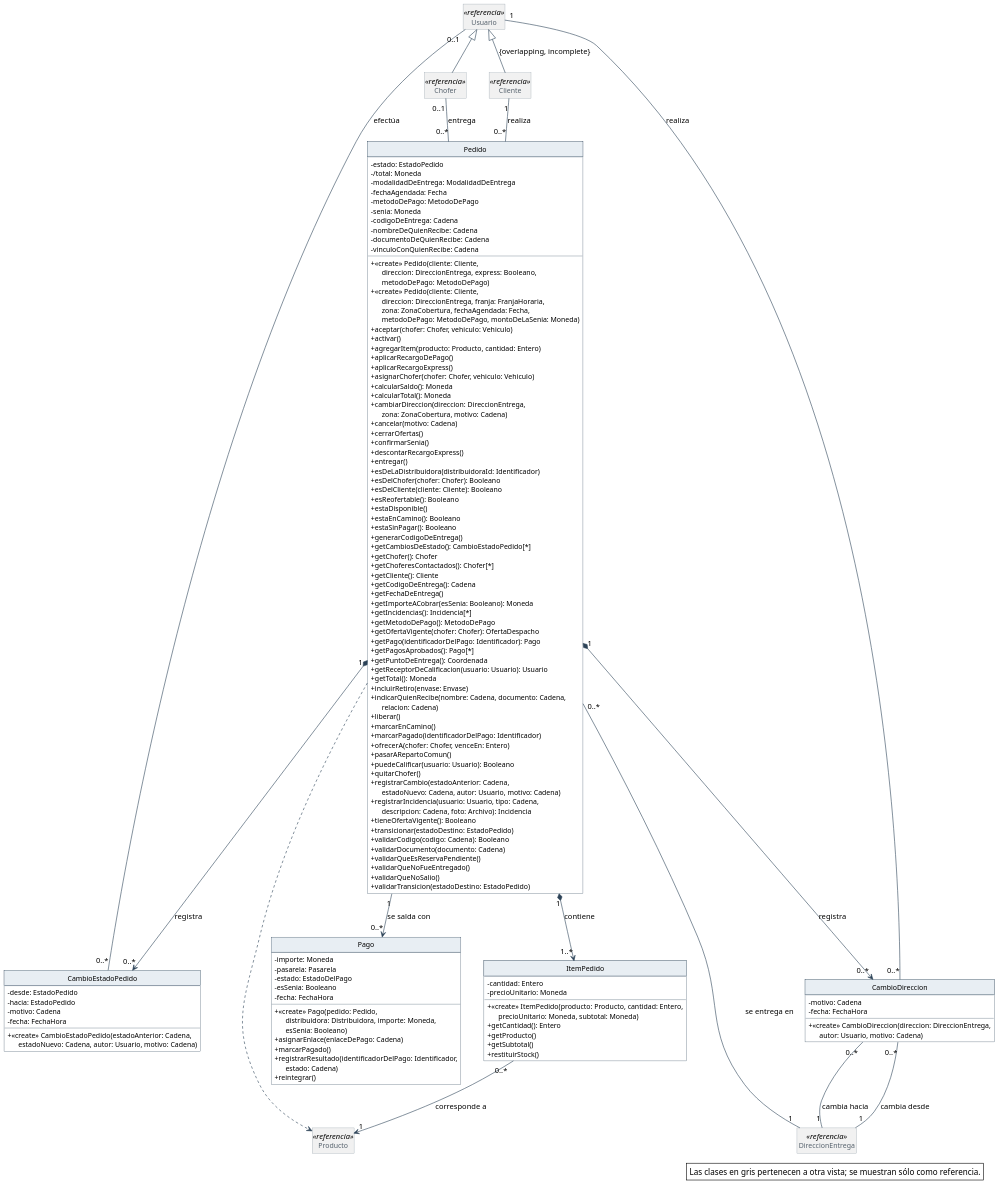
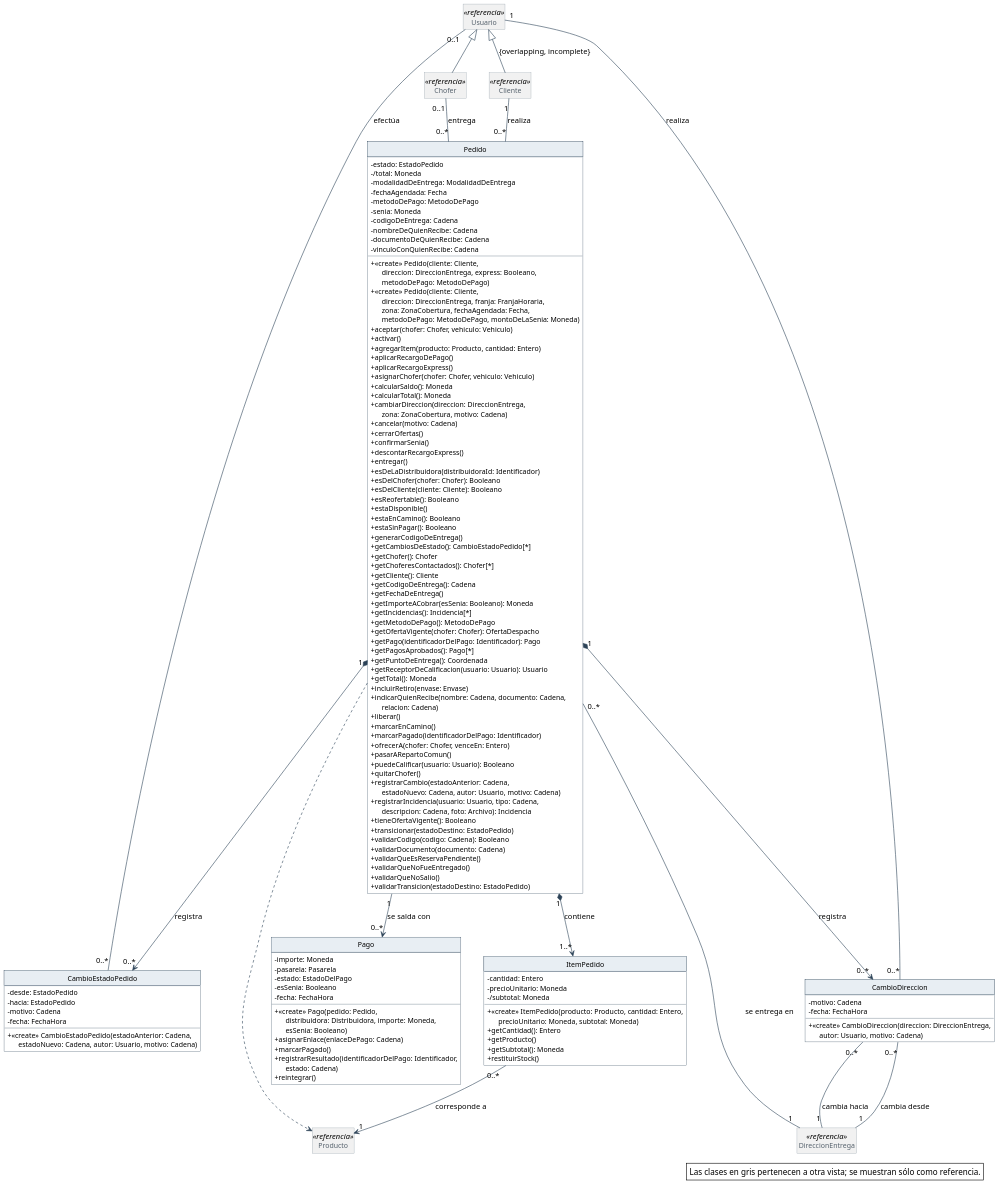
One commit to Nahuelito-Dev/splg-docs changed the diagram in diagramas/clases-diseno/DC_Pedido.puml. Above: the diagram before and after it, drawn with PlantUML. The commit also changed 19 other files, not shown here.

```diff
--- a/diagramas/clases-diseno/DC_Pedido.puml
+++ b/diagramas/clases-diseno/DC_Pedido.puml
@@ -1,188 +1,189 @@
 @startuml
 skinparam backgroundColor #FFFFFF
 skinparam shadowing false
 skinparam defaultFontName Helvetica
 skinparam defaultFontSize 13
 skinparam dpi 150
 skinparam nodesep 40
 skinparam ranksep 55
 skinparam classAttributeIconSize 0
 skinparam roundCorner 0
 skinparam genericDisplay old
 skinparam class {
   BorderColor #2C4257
   BackgroundColor #FFFFFF
   ArrowColor #2C4257
   FontSize 14
   AttributeFontSize 12
   HeaderBackgroundColor #E8EEF3
 }
 skinparam class<<referencia>> {
   BackgroundColor #F1F1F1
   BorderColor #8A97A3
   FontColor #55616C
 }
 skinparam class<<fachada>> {
   HeaderBackgroundColor #D6E4F0
 }
 skinparam class<<controlador>> {
   HeaderBackgroundColor #D6E4F0
 }
 skinparam class<<fabricación pura>> {
   HeaderBackgroundColor #F3E9CF
 }
 skinparam class<<colección>> {
   HeaderBackgroundColor #E6E6E6
 }
 skinparam class<<adaptador>> {
   HeaderBackgroundColor #DCEBDD
 }
 skinparam interface {
   BorderColor #2C4257
   BackgroundColor #FFFFFF
   HeaderBackgroundColor #DCEBDD
   FontSize 14
   AttributeFontSize 12
 }
 skinparam note {
   BackgroundColor #FFFFFF
   BorderColor #2C4257
 }
 skinparam packageStyle rectangle
 skinparam package {
   BorderColor #8A97A3
   FontSize 13
   FontColor #55616C
 }
 hide circle
 hide empty members
 
 class Pedido {
   - estado: EstadoPedido
   - /total: Moneda
   - modalidadDeEntrega: ModalidadDeEntrega
   - fechaAgendada: Fecha
   - metodoDePago: MetodoDePago
   - senia: Moneda
   - codigoDeEntrega: Cadena
   - nombreDeQuienRecibe: Cadena
   - documentoDeQuienRecibe: Cadena
   - vinculoConQuienRecibe: Cadena
   + «create» Pedido(cliente: Cliente,\n      direccion: DireccionEntrega, express: Booleano,\n      metodoDePago: MetodoDePago)
   + «create» Pedido(cliente: Cliente,\n      direccion: DireccionEntrega, franja: FranjaHoraria,\n      zona: ZonaCobertura, fechaAgendada: Fecha,\n      metodoDePago: MetodoDePago, montoDeLaSenia: Moneda)
   + aceptar(chofer: Chofer, vehiculo: Vehiculo)
   + activar()
   + agregarItem(producto: Producto, cantidad: Entero)
   + aplicarRecargoDePago()
   + aplicarRecargoExpress()
   + asignarChofer(chofer: Chofer, vehiculo: Vehiculo)
   + calcularSaldo(): Moneda
   + calcularTotal(): Moneda
   + cambiarDireccion(direccion: DireccionEntrega,\n      zona: ZonaCobertura, motivo: Cadena)
   + cancelar(motivo: Cadena)
   + cerrarOfertas()
   + confirmarSenia()
   + descontarRecargoExpress()
   + entregar()
   + esDeLaDistribuidora(distribuidoraId: Identificador)
   + esDelChofer(chofer: Chofer): Booleano
   + esDelCliente(cliente: Cliente): Booleano
   + esReofertable(): Booleano
   + estaDisponible()
   + estaEnCamino(): Booleano
   + estaSinPagar(): Booleano
   + generarCodigoDeEntrega()
   + getCambiosDeEstado(): CambioEstadoPedido[*]
   + getChofer(): Chofer
   + getChoferesContactados(): Chofer[*]
   + getCliente(): Cliente
   + getCodigoDeEntrega(): Cadena
   + getFechaDeEntrega()
   + getImporteACobrar(esSenia: Booleano): Moneda
   + getIncidencias(): Incidencia[*]
   + getMetodoDePago(): MetodoDePago
   + getOfertaVigente(chofer: Chofer): OfertaDespacho
   + getPago(identificadorDelPago: Identificador): Pago
   + getPagosAprobados(): Pago[*]
   + getPuntoDeEntrega(): Coordenada
   + getReceptorDeCalificacion(usuario: Usuario): Usuario
   + getTotal(): Moneda
   + incluirRetiro(envase: Envase)
   + indicarQuienRecibe(nombre: Cadena, documento: Cadena,\n      relacion: Cadena)
   + liberar()
   + marcarEnCamino()
   + marcarPagado(identificadorDelPago: Identificador)
   + ofrecerA(chofer: Chofer, venceEn: Entero)
   + pasarARepartoComun()
   + puedeCalificar(usuario: Usuario): Booleano
   + quitarChofer()
   + registrarCambio(estadoAnterior: Cadena,\n      estadoNuevo: Cadena, autor: Usuario, motivo: Cadena)
   + registrarIncidencia(usuario: Usuario, tipo: Cadena,\n      descripcion: Cadena, foto: Archivo): Incidencia
   + tieneOfertaVigente(): Booleano
   + transicionar(estadoDestino: EstadoPedido)
   + validarCodigo(codigo: Cadena): Booleano
   + validarDocumento(documento: Cadena)
   + validarQueEsReservaPendiente()
   + validarQueNoFueEntregado()
   + validarQueNoSalio()
   + validarTransicion(estadoDestino: EstadoPedido)
 }
 class ItemPedido {
   - cantidad: Entero
   - precioUnitario: Moneda
+  - /subtotal: Moneda
   + «create» ItemPedido(producto: Producto, cantidad: Entero,\n      precioUnitario: Moneda, subtotal: Moneda)
   + getCantidad(): Entero
   + getProducto()
-  + getSubtotal()
+  + getSubtotal(): Moneda
   + restituirStock()
 }
 class CambioEstadoPedido {
   - desde: EstadoPedido
   - hacia: EstadoPedido
   - motivo: Cadena
   - fecha: FechaHora
   + «create» CambioEstadoPedido(estadoAnterior: Cadena,\n      estadoNuevo: Cadena, autor: Usuario, motivo: Cadena)
 }
 class CambioDireccion {
   - motivo: Cadena
   - fecha: FechaHora
   + «create» CambioDireccion(direccion: DireccionEntrega,\n      autor: Usuario, motivo: Cadena)
 }
 class Pago {
   - importe: Moneda
   - pasarela: Pasarela
   - estado: EstadoDelPago
   - esSenia: Booleano
   - fecha: FechaHora
   + «create» Pago(pedido: Pedido,\n      distribuidora: Distribuidora, importe: Moneda,\n      esSenia: Booleano)
   + asignarEnlace(enlaceDePago: Cadena)
   + marcarPagado()
   + registrarResultado(identificadorDelPago: Identificador,\n      estado: Cadena)
   + reintegrar()
 }
 class Cliente <<referencia>>
 class Chofer <<referencia>>
 class Producto <<referencia>>
 class DireccionEntrega <<referencia>>
 class Usuario <<referencia>>
 
 Usuario <|-- Cliente : {overlapping, incomplete}
 Usuario <|-- Chofer
 Cliente "1" -- "0..*" Pedido : realiza
 Pedido "1" *--> "1..*" ItemPedido : contiene
 ItemPedido "0..*" --> "1" Producto : corresponde a
 Pedido "0..*" -- "1" DireccionEntrega : se entrega en
 Pedido "1" *--> "0..*" CambioEstadoPedido : registra
 Usuario "0..1" -- "0..*" CambioEstadoPedido : efectúa
 Pedido "1" *--> "0..*" CambioDireccion : registra
 CambioDireccion "0..*" -- "1" DireccionEntrega : cambia desde
 CambioDireccion "0..*" -- "1" DireccionEntrega : cambia hacia
 Usuario "1" -- "0..*" CambioDireccion : realiza
 Chofer "0..1" -- "0..*" Pedido : entrega
 Pedido "1" --> "0..*" Pago : se salda con
 Pedido ..> Producto
 
 legend bottom right
   Las clases en gris pertenecen a otra vista; se muestran sólo como referencia.
 endlegend
 @enduml
```
